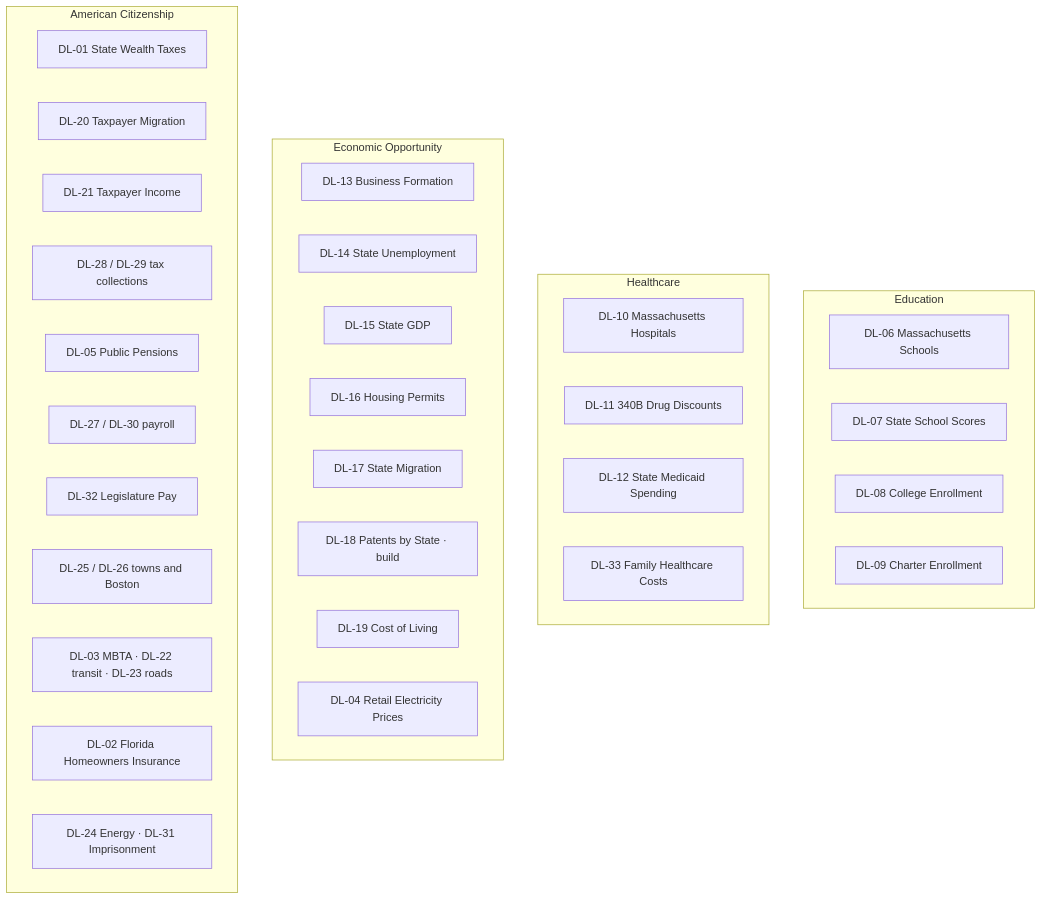
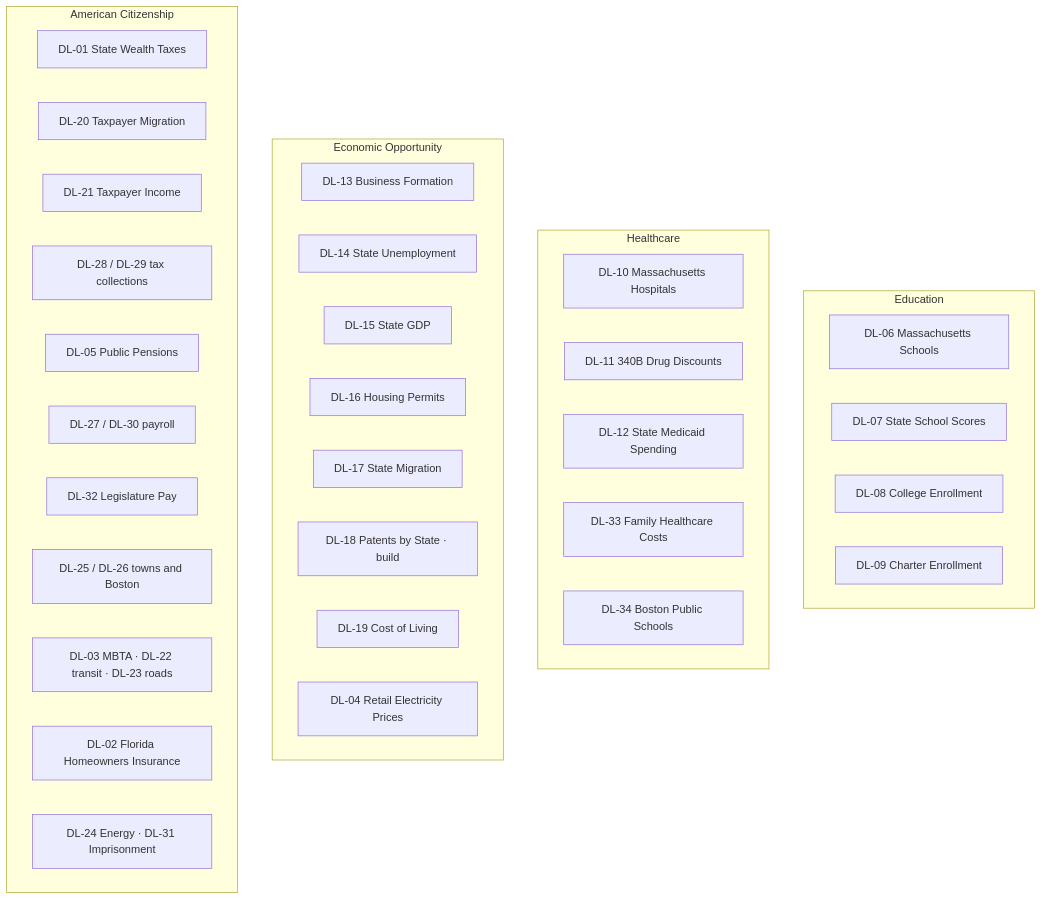
One commit to jcalabr3ez/datalabs-prototype changed the eighth of 8 diagrams in ARCHITECTURE.md. Above: the diagram before and after it, drawn with Mermaid. The commit also changed other lines of this file and 27 other files, not shown here.

First line of the commit message:
Add Boston Public Schools as DL-34.

````diff
--- a/ARCHITECTURE.md
+++ b/ARCHITECTURE.md
@@ -261,38 +261,39 @@
 ```mermaid
 flowchart TB
   subgraph education [Education]
     E1[DL-06 Massachusetts Schools]
     E2[DL-07 State School Scores]
     E3[DL-08 College Enrollment]
     E4[DL-09 Charter Enrollment]
   end
   subgraph health [Healthcare]
     H1[DL-10 Massachusetts Hospitals]
     H2[DL-11 340B Drug Discounts]
     H3[DL-12 State Medicaid Spending]
     H4[DL-33 Family Healthcare Costs]
+    H5[DL-34 Boston Public Schools]
   end
   subgraph opportunity [Economic Opportunity]
     O1[DL-13 Business Formation]
     O2[DL-14 State Unemployment]
     O3[DL-15 State GDP]
     O4[DL-16 Housing Permits]
     O5[DL-17 State Migration]
     O6[DL-18 Patents by State · build]
     O7[DL-19 Cost of Living]
     O8[DL-04 Retail Electricity Prices]
   end
   subgraph citizenship [American Citizenship]
     C1[DL-01 State Wealth Taxes]
     C2[DL-20 Taxpayer Migration]
     C3[DL-21 Taxpayer Income]
     C4[DL-28 / DL-29 tax collections]
     C5[DL-05 Public Pensions]
     C6[DL-27 / DL-30 payroll]
     C7[DL-32 Legislature Pay]
     C8[DL-25 / DL-26 towns and Boston]
     C9[DL-03 MBTA · DL-22 transit · DL-23 roads]
     C10[DL-02 Florida Homeowners Insurance]
     C11[DL-24 Energy · DL-31 Imprisonment]
   end
 ```
````
